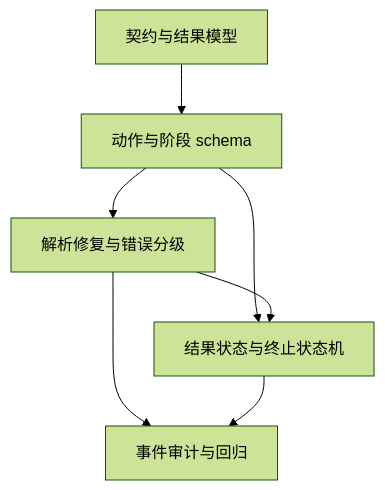
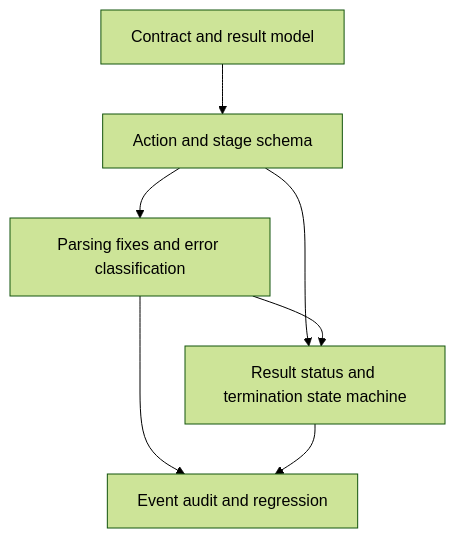
The diagram in docs/specs/0053-persona-semantic-action-lifecycle.md (Curry09/AHE-Beta), drawn with Mermaid (forest theme) before and after one commit. The commit also changed other lines of this file and 531 other files, not shown here.

````diff
--- a/docs/specs/0053-persona-semantic-action-lifecycle.md
+++ b/docs/specs/0053-persona-semantic-action-lifecycle.md
@@ -238,9 +238,9 @@
 ```mermaid
 flowchart TD
-  T1[契约与结果模型] --> T2[动作与阶段 schema]
-  T2 --> T3[解析修复与错误分级]
-  T2 --> T4[结果状态与终止状态机]
+  T1[Contract and result model] --> T2[Action and stage schema]
+  T2 --> T3[Parsing fixes and error classification]
+  T2 --> T4[Result status and termination state machine]
   T3 --> T4
-  T3 --> T5[事件审计与回归]
+  T3 --> T5[Event audit and regression]
   T4 --> T5
 ```
````
